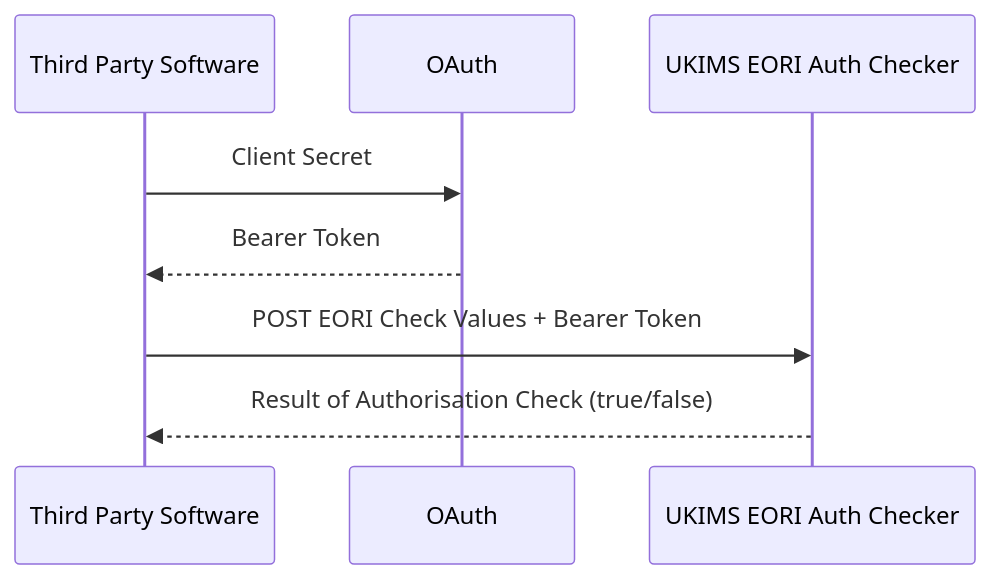
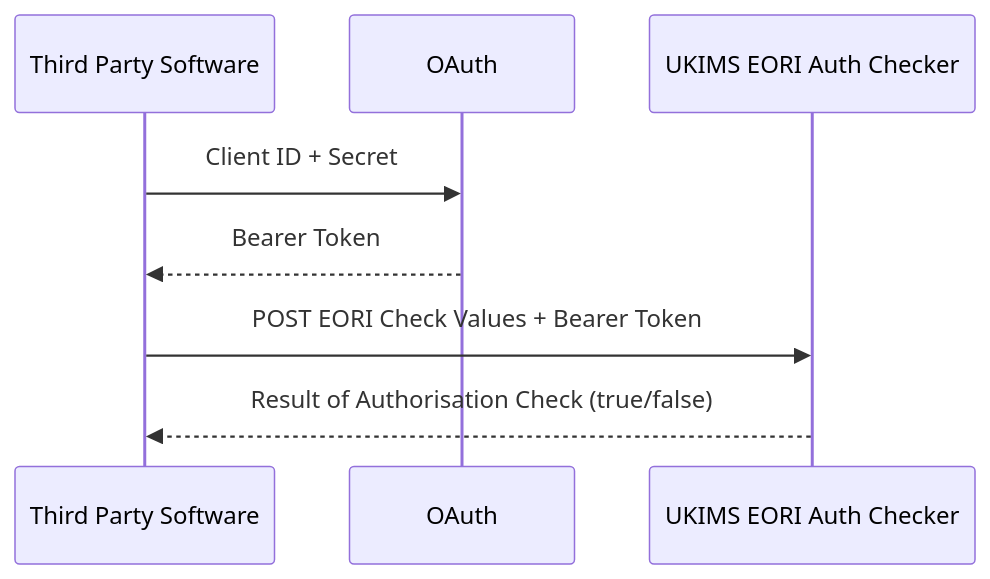
One commit to hmrc/ukim-auth-checker-api-service-guide changed the diagram in source/documentation/index.md. Above: the diagram before and after it, drawn with Mermaid.

Commit message:
Updated diagram to carry 'Client ID + Secret'

````diff
--- a/source/documentation/index.md
+++ b/source/documentation/index.md
@@ -43,12 +43,12 @@
 ```mermaid
 sequenceDiagram
     participant Third Party Software
     participant OAuth
     participant UKIMS EORI Auth Checker
 
-    Third Party Software->>OAuth: Client Secret
+    Third Party Software->>OAuth: Client ID + Secret
     OAuth-->>Third Party Software: Bearer Token
 
     Third Party Software->>UKIMS EORI Auth Checker: POST EORI Check Values + Bearer Token
     UKIMS EORI Auth Checker-->>Third Party Software: Result of Authorisation Check (true/false)
 ```
````
